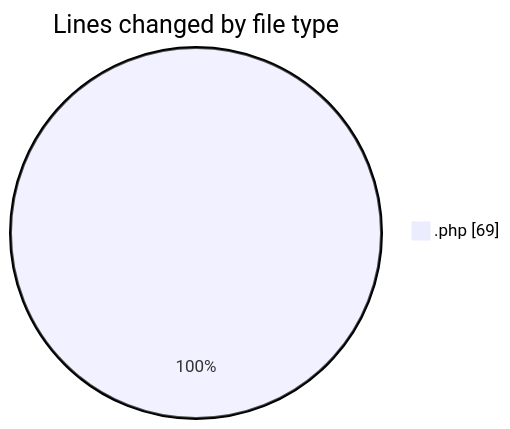
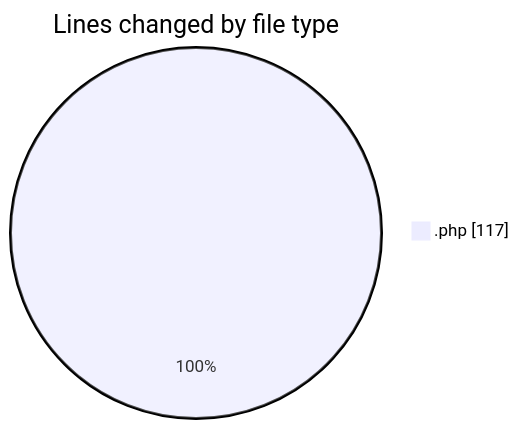
Before and after one commit to LanceThiago/code-tracking: the first of 2 diagrams in 2026-09-10/web/README.md, drawn with Mermaid. The commit also changed other lines of this file and 1 other file, not shown here.

````diff
--- a/2026-09-10/web/README.md
+++ b/2026-09-10/web/README.md
@@ -20,5 +20,5 @@
 ```mermaid
 pie showData
 title Lines changed by file type
-".php" : 69
+".php" : 117
 ```
````
